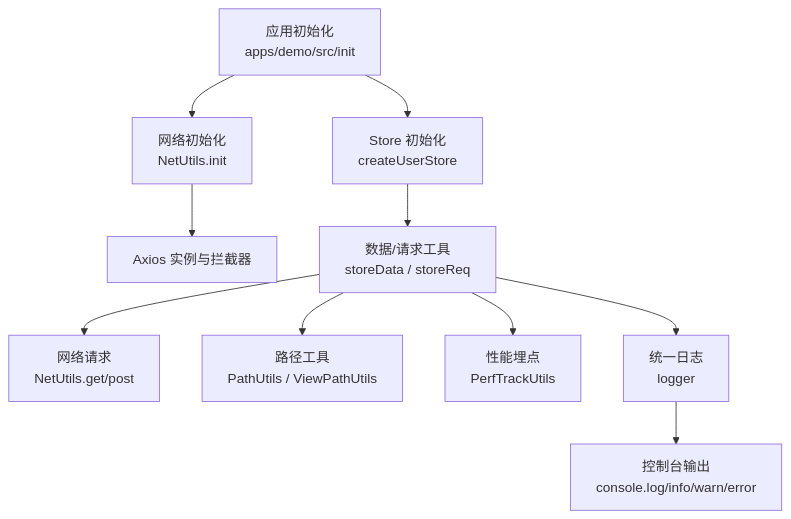
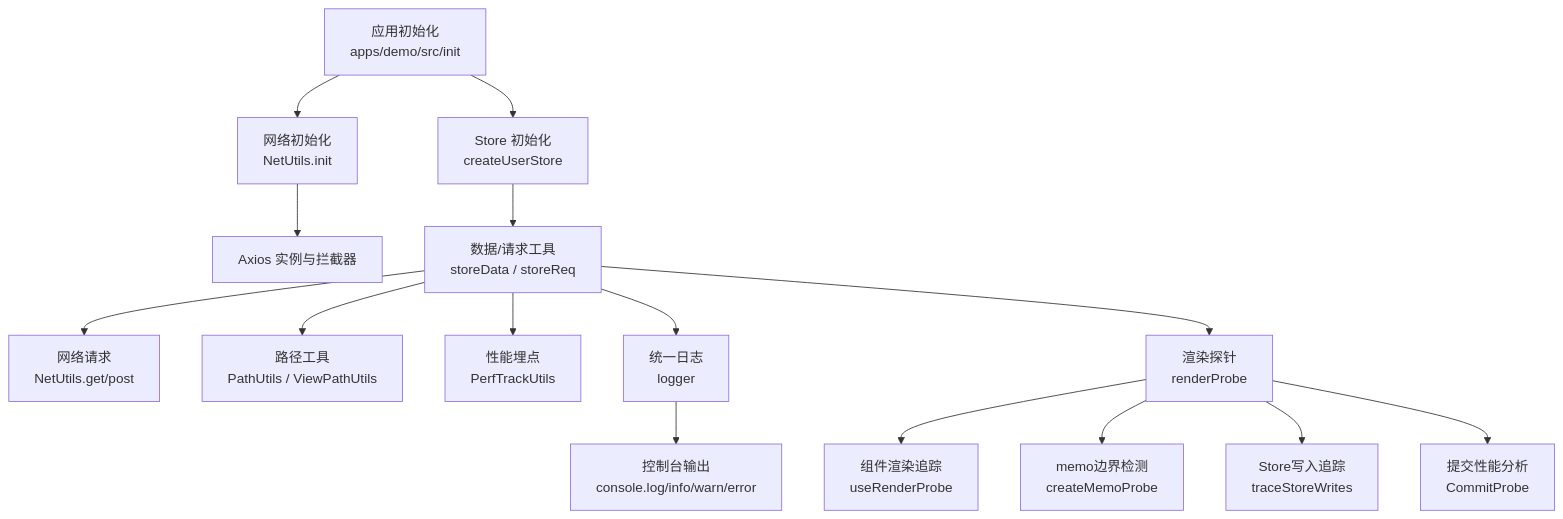
One commit to liqiongke/FrontArk changed the first of 4 diagrams in .qoder/repowiki/zh/content/框架核心/工具函数库.md. Above: the diagram before and after it, drawn with Mermaid. The commit also changed other lines of this file and 43 other files, not shown here.

````diff
--- a/.qoder/repowiki/zh/content/框架核心/工具函数库.md
+++ b/.qoder/repowiki/zh/content/框架核心/工具函数库.md
@@ -53,12 +57,17 @@
 ```mermaid
 graph TB
 A["应用初始化<br/>apps/demo/src/init"] --> B["网络初始化<br/>NetUtils.init"]
 B --> C["Axios 实例与拦截器"]
 A --> D["Store 初始化<br/>createUserStore"]
 D --> E["数据/请求工具<br/>storeData / storeReq"]
 E --> F["网络请求<br/>NetUtils.get/post"]
 E --> G["路径工具<br/>PathUtils / ViewPathUtils"]
 E --> H["性能埋点<br/>PerfTrackUtils"]
 E --> I["统一日志<br/>logger"]
 I --> J["控制台输出<br/>console.log/info/warn/error"]
+E --> K["渲染探针<br/>renderProbe"]
+K --> L["组件渲染追踪<br/>useRenderProbe"]
+K --> M["memo边界检测<br/>createMemoProbe"]
+K --> N["Store写入追踪<br/>traceStoreWrites"]
+K --> O["提交性能分析<br/>CommitProbe"]
 ```
````
